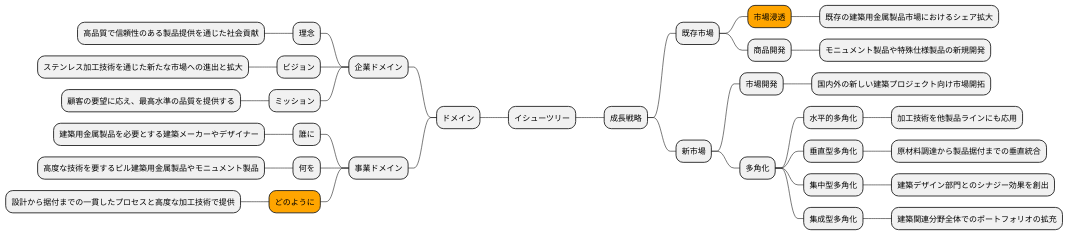
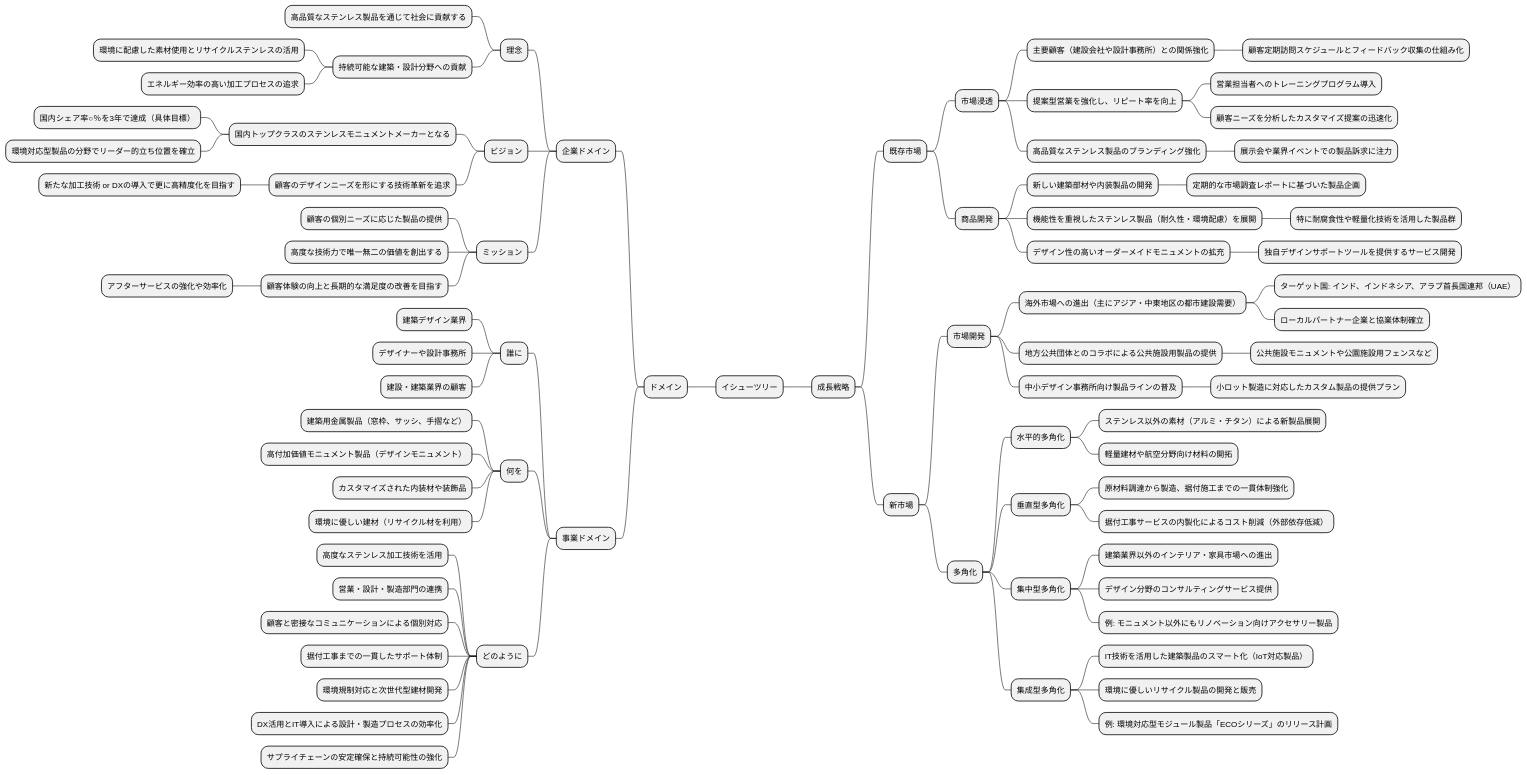
The seventh of 19 diagrams in docs/case/r02_case_3.adoc (k2works/case-study-business-analysis), drawn with PlantUML before and after one commit. The commit also changed other lines of this file, not shown here.

```diff
--- a/docs/case/r02_case_3.adoc
+++ b/docs/case/r02_case_3.adoc
@@ -279,37 +319,81 @@
 ** ドメイン
 *** 企業ドメイン
 **** 理念
-***** 高品質で信頼性のある製品提供を通じた社会貢献
+***** 高品質なステンレス製品を通じて社会に貢献する
+***** 持続可能な建築・設計分野への貢献
+****** 環境に配慮した素材使用とリサイクルステンレスの活用
+****** エネルギー効率の高い加工プロセスの追求
 **** ビジョン
-***** ステンレス加工技術を通じた新たな市場への進出と拡大
+***** 国内トップクラスのステンレスモニュメントメーカーとなる
+****** 国内シェア率○％を3年で達成（具体目標）
+****** 環境対応型製品の分野でリーダー的立ち位置を確立
+***** 顧客のデザインニーズを形にする技術革新を追求
+****** 新たな加工技術 or DXの導入で更に高精度化を目指す
 **** ミッション
-***** 顧客の要望に応え、最高水準の品質を提供する
+***** 顧客の個別ニーズに応じた製品の提供
+***** 高度な技術力で唯一無二の価値を創出する
+***** 顧客体験の向上と長期的な満足度の改善を目指す
+****** アフターサービスの強化や効率化
 *** 事業ドメイン
 **** 誰に
-***** 建築用金属製品を必要とする建築メーカーやデザイナー
+***** 建築デザイン業界
+***** デザイナーや設計事務所
+***** 建設・建築業界の顧客
 **** 何を
-***** 高度な技術を要するビル建築用金属製品やモニュメント製品
-****[#orange] どのように
-***** 設計から据付までの一貫したプロセスと高度な加工技術で提供
+***** 建築用金属製品（窓枠、サッシ、手摺など）
+***** 高付加価値モニュメント製品（デザインモニュメント）
+***** カスタマイズされた内装材や装飾品
+***** 環境に優しい建材（リサイクル材を利用）
+**** どのように
+***** 高度なステンレス加工技術を活用
+***** 営業・設計・製造部門の連携
+***** 顧客と密接なコミュニケーションによる個別対応
+***** 据付工事までの一貫したサポート体制
+***** 環境規制対応と次世代型建材開発
+***** DX活用とIT導入による設計・製造プロセスの効率化
+***** サプライチェーンの安定確保と持続可能性の強化
 right side
 ** 成長戦略
 *** 既存市場
-****[#orange] 市場浸透
-***** 既存の建築用金属製品市場におけるシェア拡大
+**** 市場浸透
+***** 主要顧客（建設会社や設計事務所）との関係強化
+****** 顧客定期訪問スケジュールとフィードバック収集の仕組み化
+***** 提案型営業を強化し、リピート率を向上
+****** 営業担当者へのトレーニングプログラム導入
+****** 顧客ニーズを分析したカスタマイズ提案の迅速化
+***** 高品質なステンレス製品のブランディング強化
+****** 展示会や業界イベントでの製品訴求に注力
 **** 商品開発
-***** モニュメント製品や特殊仕様製品の新規開発
+***** 新しい建築部材や内装製品の開発
+****** 定期的な市場調査レポートに基づいた製品企画
+***** 機能性を重視したステンレス製品（耐久性・環境配慮）を展開
+****** 特に耐腐食性や軽量化技術を活用した製品群
+***** デザイン性の高いオーダーメイドモニュメントの拡充
+****** 独自デザインサポートツールを提供するサービス開発
 *** 新市場
 **** 市場開発
-***** 国内外の新しい建築プロジェクト向け市場開拓
+***** 海外市場への進出（主にアジア・中東地区の都市建設需要）
+****** ターゲット国: インド、インドネシア、アラブ首長国連邦（UAE）
+****** ローカルパートナー企業と協業体制確立
+***** 地方公共団体とのコラボによる公共施設用製品の提供
+****** 公共施設モニュメントや公園施設用フェンスなど
+***** 中小デザイン事務所向け製品ラインの普及
+****** 小ロット製造に対応したカスタム製品の提供プラン
 **** 多角化
 ***** 水平的多角化
-****** 加工技術を他製品ラインにも応用
+****** ステンレス以外の素材（アルミ・チタン）による新製品展開
+****** 軽量建材や航空分野向け材料の開拓
 ***** 垂直型多角化
-****** 原材料調達から製品据付までの垂直統合
+****** 原材料調達から製造、据付施工までの一貫体制強化
+****** 据付工事サービスの内製化によるコスト削減（外部依存低減）
 ***** 集中型多角化
-****** 建築デザイン部門とのシナジー効果を創出
+****** 建築業界以外のインテリア・家具市場への進出
+****** デザイン分野のコンサルティングサービス提供
+****** 例: モニュメント以外にもリノベーション向けアクセサリー製品
 ***** 集成型多角化
-****** 建築関連分野全体でのポートフォリオの拡充
+****** IT技術を活用した建築製品のスマート化（IoT対応製品）
+****** 環境に優しいリサイクル製品の開発と販売
+****** 例: 環境対応型モジュール製品「ECOシリーズ」のリリース計画
 
 @endmindmap
 ----
```
